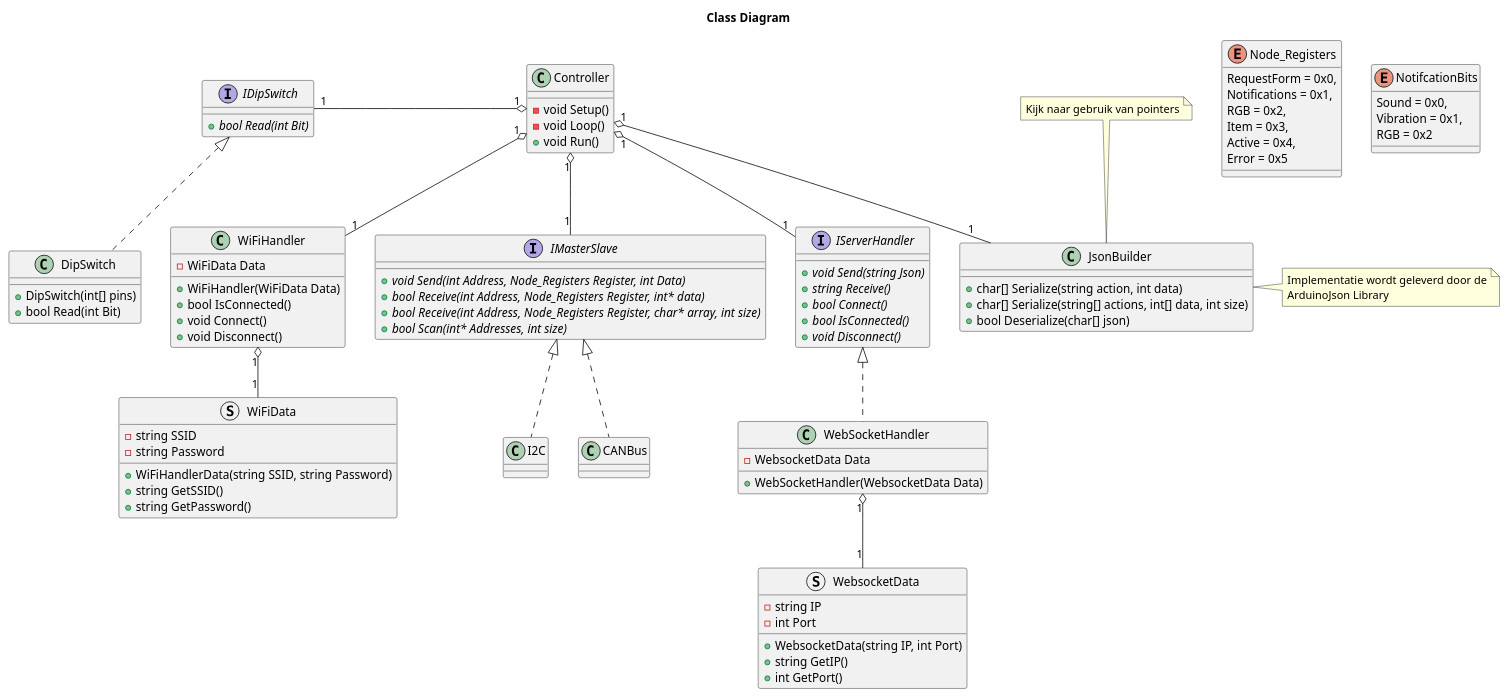
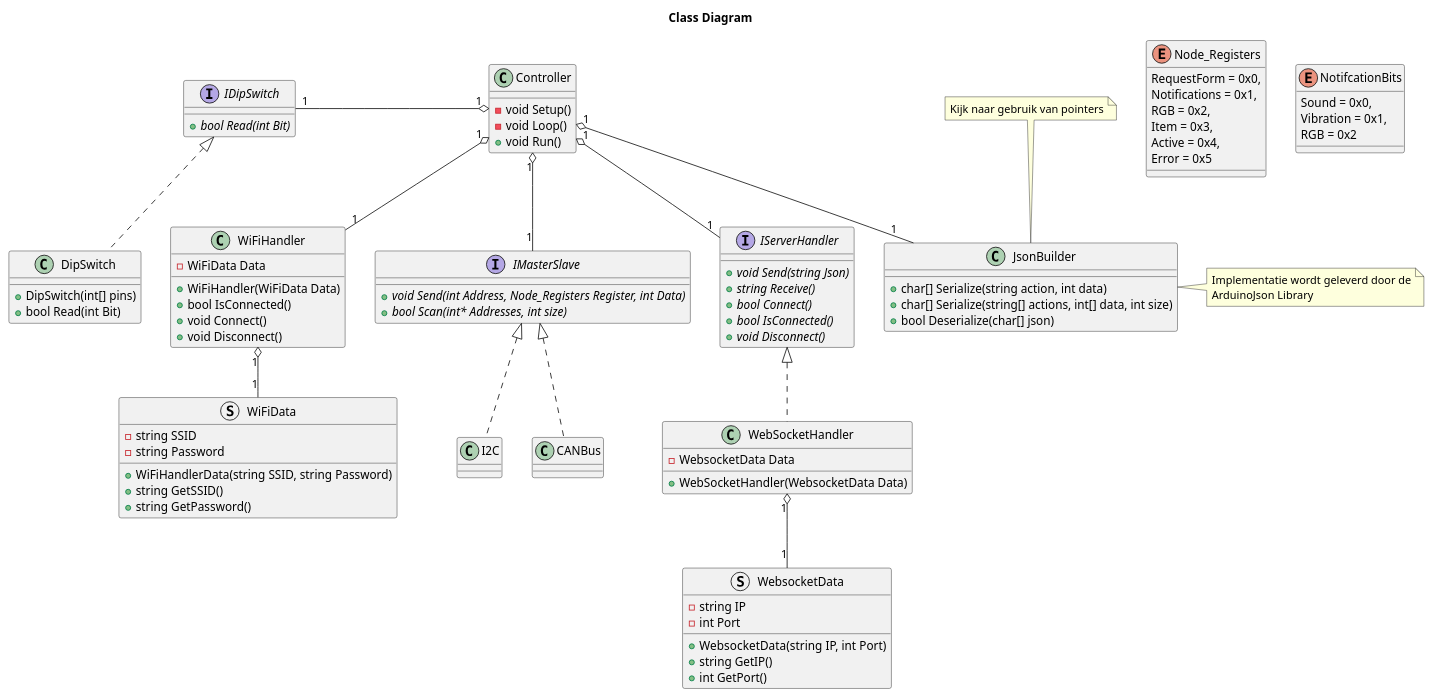
Before and after one commit to T3-FindIt/FindIt: the diagram in Designs/ESP-32/Design.wsd, drawn with PlantUML.

Commit message:
Removed unused function from diagram
Wire library implements it's own way of recieving data.

```diff
--- a/Designs/ESP-32/Design.wsd
+++ b/Designs/ESP-32/Design.wsd
@@ -1,123 +1,121 @@
 @startuml ClassDiagram
 Title Class Diagram
 
 Class Controller
 {
     {method} - void Setup()
     {method} - void Loop()
     {method} + void Run()
 }
 
 Interface IServerHandler
 {
     {abstract} + void Send(string Json)
     {abstract} + string Receive()
     {abstract} + bool Connect()
     {abstract} + bool IsConnected()
     {abstract} + void Disconnect()
 }
 
 Class WiFiHandler
 {
     {field} - WiFiData Data
     {method} + WiFiHandler(WiFiData Data)
     {method} + bool IsConnected()
     {method} + void Connect()
     {method} + void Disconnect()
 }
 
 Class WebSocketHandler
 {
     {field} - WebsocketData Data
     {method} + WebSocketHandler(WebsocketData Data)
 }
 
 Struct WebsocketData
 {
     {field} - string IP
     {field} - int Port
 
     {method} + WebsocketData(string IP, int Port)
     {method} + string GetIP()
     {method} + int GetPort()
 }
 
 Struct WiFiData
 {
     {field} - string SSID
     {field} - string Password
 
     {method} + WiFiHandlerData(string SSID, string Password)
     {method} + string GetSSID()
     {method} + string GetPassword()
 }
 
 Interface IDipSwitch
 {
     {abstract} + bool Read(int Bit)
 }
 
 class DipSwitch
 {
     {method} + DipSwitch(int[] pins)
     {method} + bool Read(int Bit)
 }
 
 
 Interface IMasterSlave
 {
     {abstract} + void Send(int Address, Node_Registers Register, int Data)
-    {abstract} + bool Receive(int Address, Node_Registers Register, int* data)
-    {abstract} + bool Receive(int Address, Node_Registers Register, char* array, int size)
     {abstract} + bool Scan(int* Addresses, int size)
 }
 
 enum Node_Registers
 {
     RequestForm = 0x0,
     Notifications = 0x1,
     RGB = 0x2,
     Item = 0x3,
     Active = 0x4,
     Error = 0x5
 }
 
 enum NotifcationBits 
 {
     Sound = 0x0,
     Vibration = 0x1,
     RGB = 0x2
 }
 
 
 Class JsonBuilder
 {
     {method} + char[] Serialize(string action, int data)
     {method} + char[] Serialize(string[] actions, int[] data, int size)
     {method} + bool Deserialize(char[] json)
 }
 
 note right of JsonBuilder : Implementatie wordt geleverd door de\nArduinoJson Library
 note top of JsonBuilder : Kijk naar gebruik van pointers
 
 ' EMPTY CLASSES
 Class CANBus
 Class I2C
 ' END OF EMPYY CLASSES 
 
 IMasterSlave <|.. I2C
 IMasterSlave <|.. CANBus
 IDipSwitch <|.. DipSwitch
 IServerHandler <|.. WebSocketHandler
 
 Controller "1" o-- "1" WiFiHandler
 Controller "1" o-- "1" IMasterSlave
 Controller "1" o-- "1" JsonBuilder
 Controller "1" o-left- "1" IDipSwitch
 Controller "1" o-- "1" IServerHandler
 
 WiFiHandler "1" o-- "1" WiFiData
 WebSocketHandler "1" o-- "1" WebsocketData
 
 
 @enduml
```
